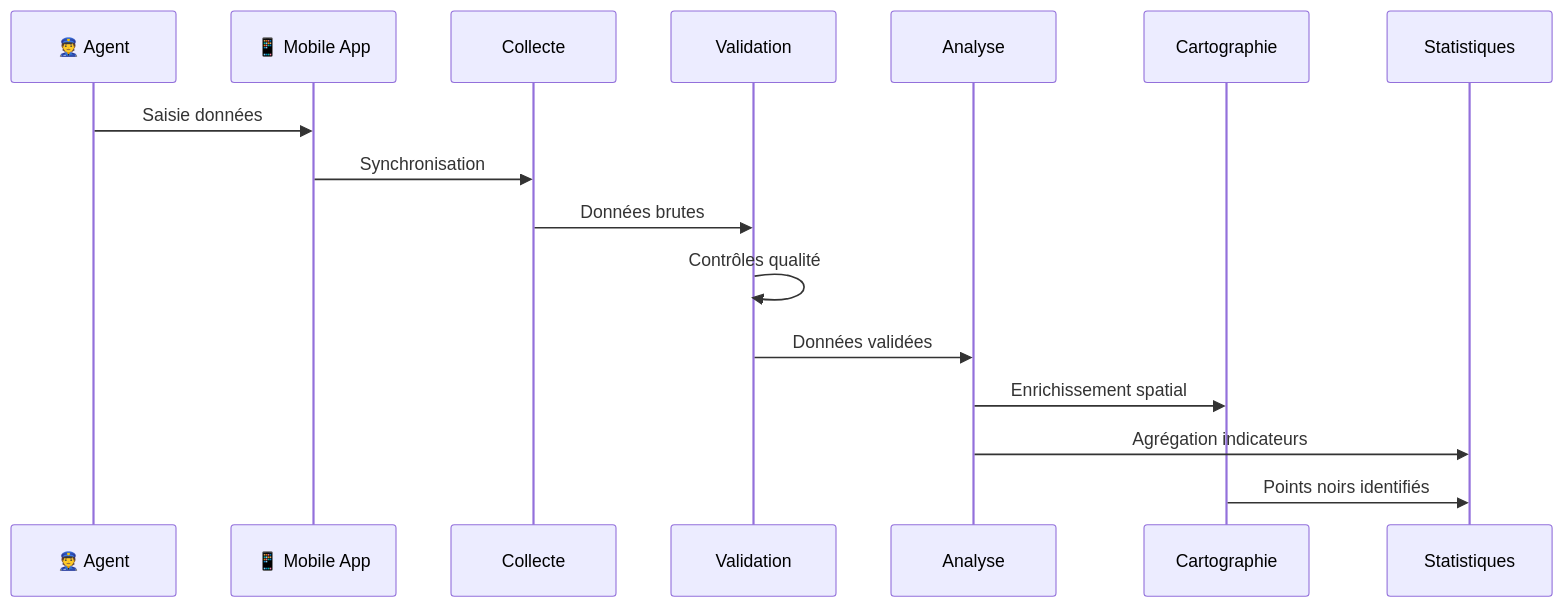
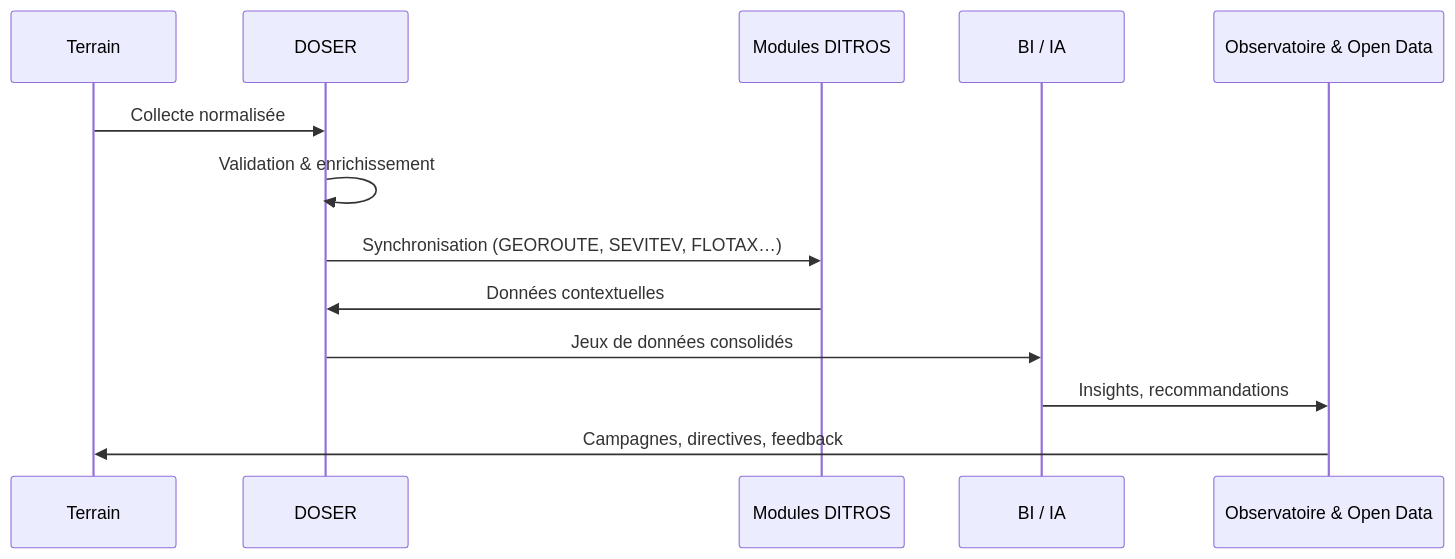
One commit to CATIS-DEVELOPER/Documentation_DOSER changed the second of 2 diagrams in docs/modules/index.md. Above: the diagram before and after it, drawn with Mermaid. The commit also changed other lines of this file and 44 other files, not shown here.

````diff
--- a/docs/modules/index.md
+++ b/docs/modules/index.md
@@ -130,19 +90,16 @@
 ```mermaid
 sequenceDiagram
-    participant Agent as 👮 Agent
-    participant Mobile as 📱 Mobile App
-    participant Collecte as Collecte
-    participant Validation as Validation
-    participant Analyse as Analyse
-    participant Carto as Cartographie
-    participant Stats as Statistiques
-    
-    Agent->>Mobile: Saisie données
-    Mobile->>Collecte: Synchronisation
-    Collecte->>Validation: Données brutes
-    Validation->>Validation: Contrôles qualité
-    Validation->>Analyse: Données validées
-    Analyse->>Carto: Enrichissement spatial
-    Analyse->>Stats: Agrégation indicateurs
-    Carto->>Stats: Points noirs identifiés
+    participant Terrain as Terrain
+    participant DOSER as DOSER
+    participant DITROS as Modules DITROS
+    participant IA as BI / IA
+    participant Obs as Observatoire & Open Data
+
+    Terrain->>DOSER: Collecte normalisée
+    DOSER->>DOSER: Validation & enrichissement
+    DOSER->>DITROS: Synchronisation (GEOROUTE, SEVITEV, FLOTAX…)
+    DITROS->>DOSER: Données contextuelles
+    DOSER->>IA: Jeux de données consolidés
+    IA->>Obs: Insights, recommandations
+    Obs->>Terrain: Campagnes, directives, feedback
 ```
````
